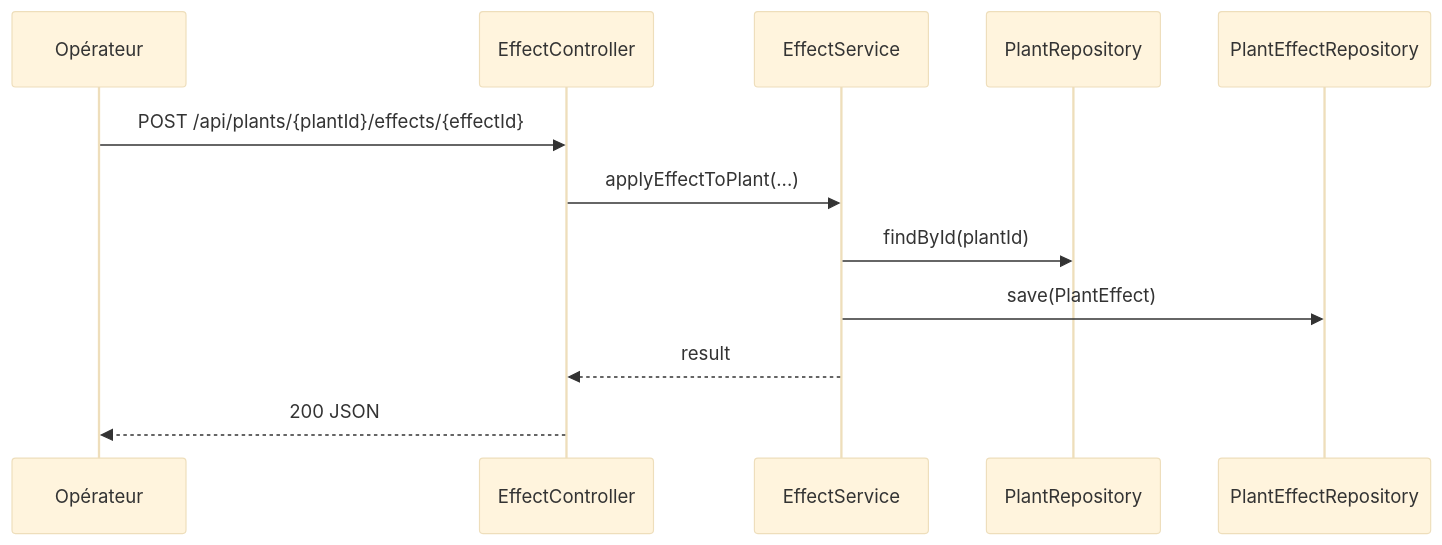
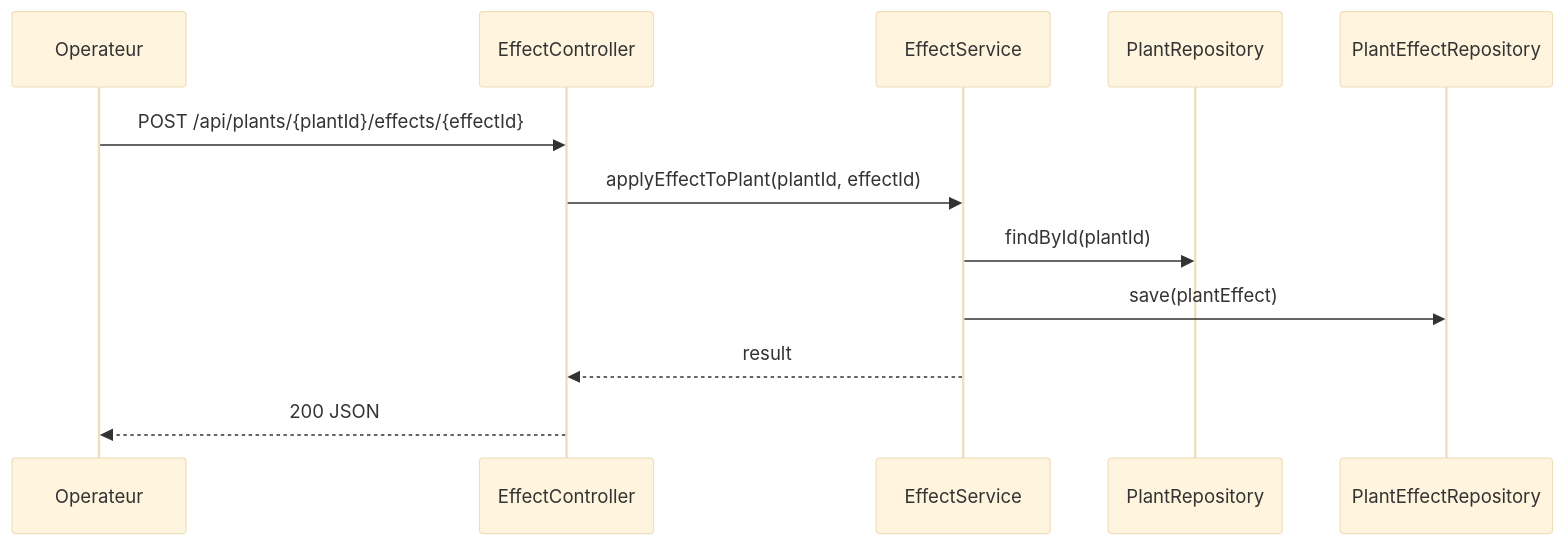
One commit to fasai444/GreenDesk changed the fourth of 10 diagrams in docs/index.md. Above: the diagram before and after it, drawn with Mermaid (base theme). The commit also changed other lines of this file and 3 other files, not shown here.

````diff
--- a/docs/index.md
+++ b/docs/index.md
@@ -261,15 +347,15 @@
 ```mermaid
 sequenceDiagram
-	participant U as Opérateur
-	participant E as EffectController
-	participant ES as EffectService
-	participant PR as PlantRepository
-	participant PER as PlantEffectRepository
+	participant user as Operateur
+	participant controller as EffectController
+	participant service as EffectService
+	participant plantRepo as PlantRepository
+	participant effectRepo as PlantEffectRepository
 
-	U->>E: POST /api/plants/{plantId}/effects/{effectId}
-	E->>ES: applyEffectToPlant(...)
-	ES->>PR: findById(plantId)
-	ES->>PER: save(PlantEffect)
-	ES-->>E: result
-	E-->>U: 200 JSON
+	user->>controller: POST /api/plants/{plantId}/effects/{effectId}
+	controller->>service: applyEffectToPlant(plantId, effectId)
+	service->>plantRepo: findById(plantId)
+	service->>effectRepo: save(plantEffect)
+	service-->>controller: result
+	controller-->>user: 200 JSON
 ```
````
